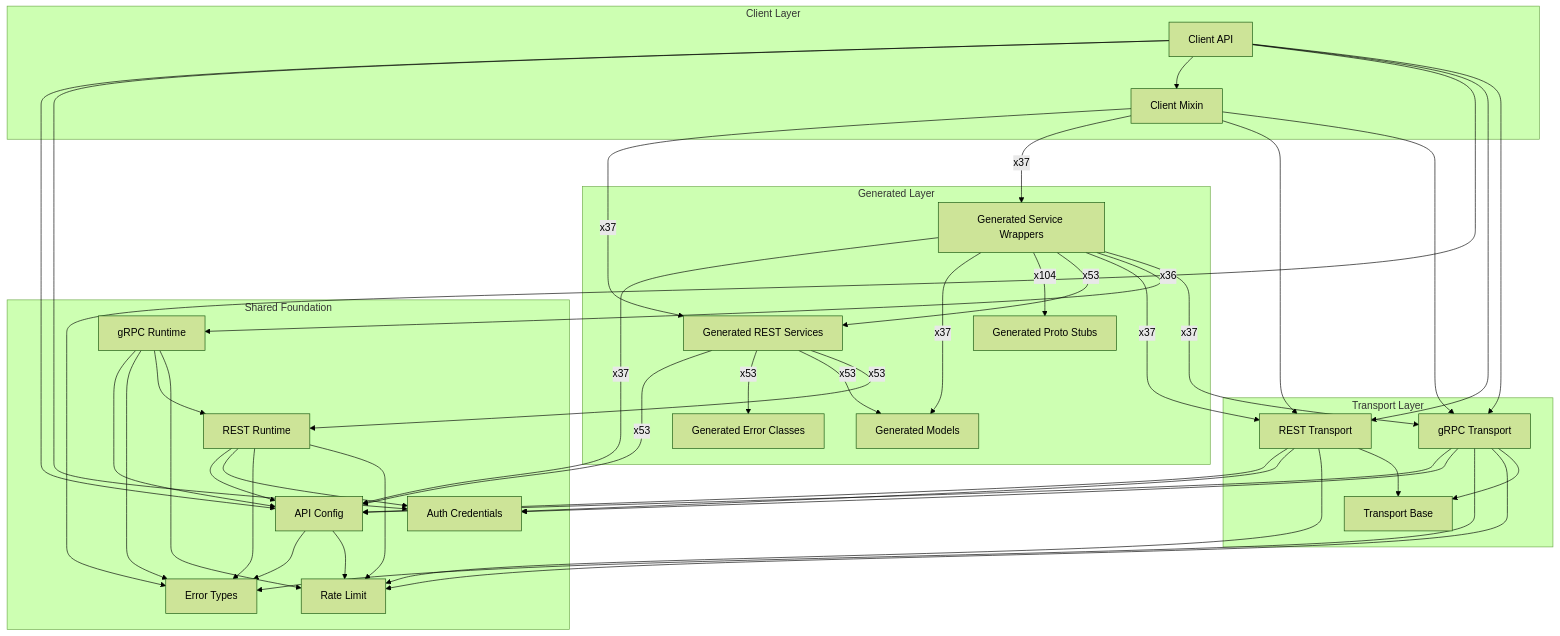
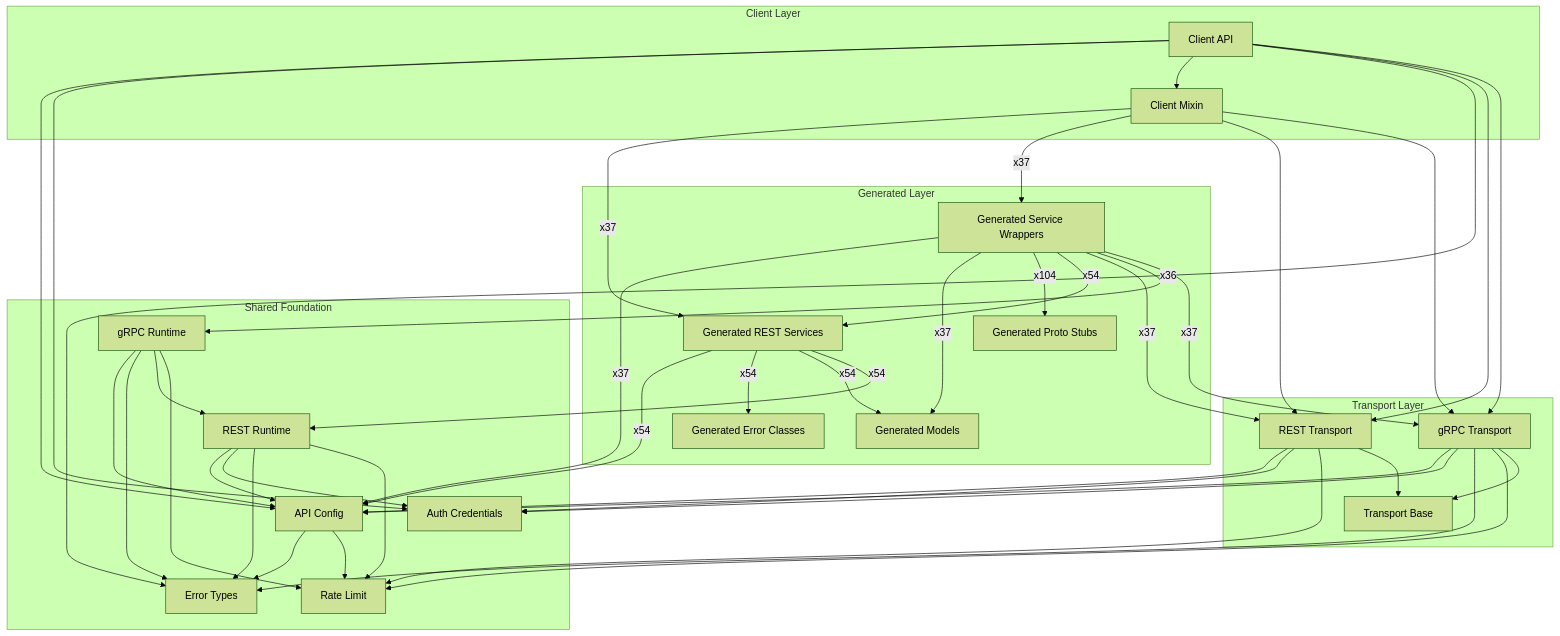
Before and after one commit to alexdearaujo/community_sdk_python: the diagram in docs/sphinx/sdk_runtime_architecture.md, drawn with Mermaid (forest theme). The commit also changed 36 other files, not shown here.

````diff
--- a/docs/sphinx/sdk_runtime_architecture.md
+++ b/docs/sphinx/sdk_runtime_architecture.md
@@ -22,68 +22,68 @@
 ```mermaid
 flowchart TB
     subgraph client["Client Layer"]
         Client_API["Client API"]
         Client_Mixin["Client Mixin"]
     end
     subgraph generated["Generated Layer"]
         Generated_Error_Classes["Generated Error Classes"]
         Generated_Models["Generated Models"]
         Generated_Proto_Stubs["Generated Proto Stubs"]
         Generated_REST_Services["Generated REST Services"]
         Generated_Service_Wrappers["Generated Service Wrappers"]
     end
     subgraph transport["Transport Layer"]
         REST_Transport["REST Transport"]
         Transport_Base["Transport Base"]
         gRPC_Transport["gRPC Transport"]
     end
     subgraph foundation["Shared Foundation"]
         API_Config["API Config"]
         Auth_Credentials["Auth Credentials"]
         Error_Types["Error Types"]
         REST_Runtime["REST Runtime"]
         Rate_Limit["Rate Limit"]
         gRPC_Runtime["gRPC Runtime"]
     end
 
     API_Config --> Error_Types
     API_Config --> Rate_Limit
     Client_API --> API_Config
     Client_API --> Auth_Credentials
     Client_API --> Client_Mixin
     Client_API --> Error_Types
     Client_API --> REST_Transport
     Client_API --> gRPC_Transport
     Client_Mixin -->|"x37"| Generated_REST_Services
     Client_Mixin -->|"x37"| Generated_Service_Wrappers
     Client_Mixin --> REST_Transport
     Client_Mixin --> gRPC_Transport
-    Generated_REST_Services -->|"x53"| API_Config
-    Generated_REST_Services -->|"x53"| Generated_Error_Classes
-    Generated_REST_Services -->|"x53"| Generated_Models
-    Generated_REST_Services -->|"x53"| REST_Runtime
+    Generated_REST_Services -->|"x54"| API_Config
+    Generated_REST_Services -->|"x54"| Generated_Error_Classes
+    Generated_REST_Services -->|"x54"| Generated_Models
+    Generated_REST_Services -->|"x54"| REST_Runtime
     Generated_Service_Wrappers -->|"x37"| API_Config
     Generated_Service_Wrappers -->|"x37"| Generated_Models
     Generated_Service_Wrappers -->|"x104"| Generated_Proto_Stubs
-    Generated_Service_Wrappers -->|"x53"| Generated_REST_Services
+    Generated_Service_Wrappers -->|"x54"| Generated_REST_Services
     Generated_Service_Wrappers -->|"x37"| REST_Transport
     Generated_Service_Wrappers -->|"x36"| gRPC_Runtime
     Generated_Service_Wrappers -->|"x37"| gRPC_Transport
     REST_Runtime --> API_Config
     REST_Runtime --> Auth_Credentials
     REST_Runtime --> Error_Types
     REST_Runtime --> Rate_Limit
     REST_Transport --> API_Config
     REST_Transport --> Auth_Credentials
     REST_Transport --> Rate_Limit
     REST_Transport --> Transport_Base
     gRPC_Runtime --> API_Config
     gRPC_Runtime --> Error_Types
     gRPC_Runtime --> REST_Runtime
     gRPC_Runtime --> Rate_Limit
     gRPC_Transport --> API_Config
     gRPC_Transport --> Auth_Credentials
     gRPC_Transport --> Error_Types
     gRPC_Transport --> Rate_Limit
     gRPC_Transport --> Transport_Base
 ```
````
